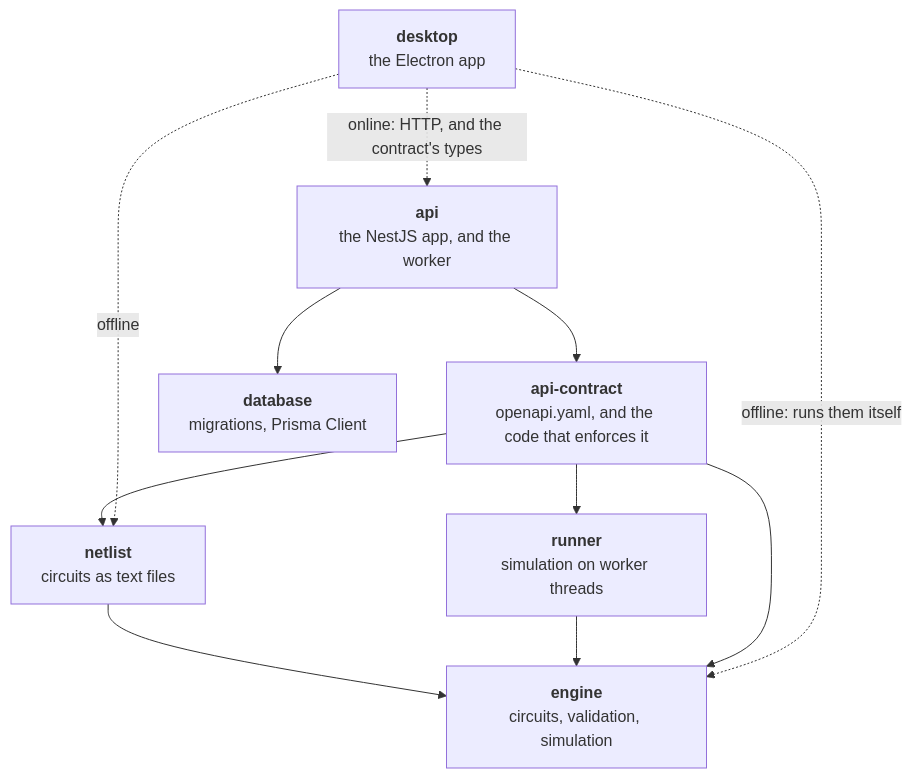
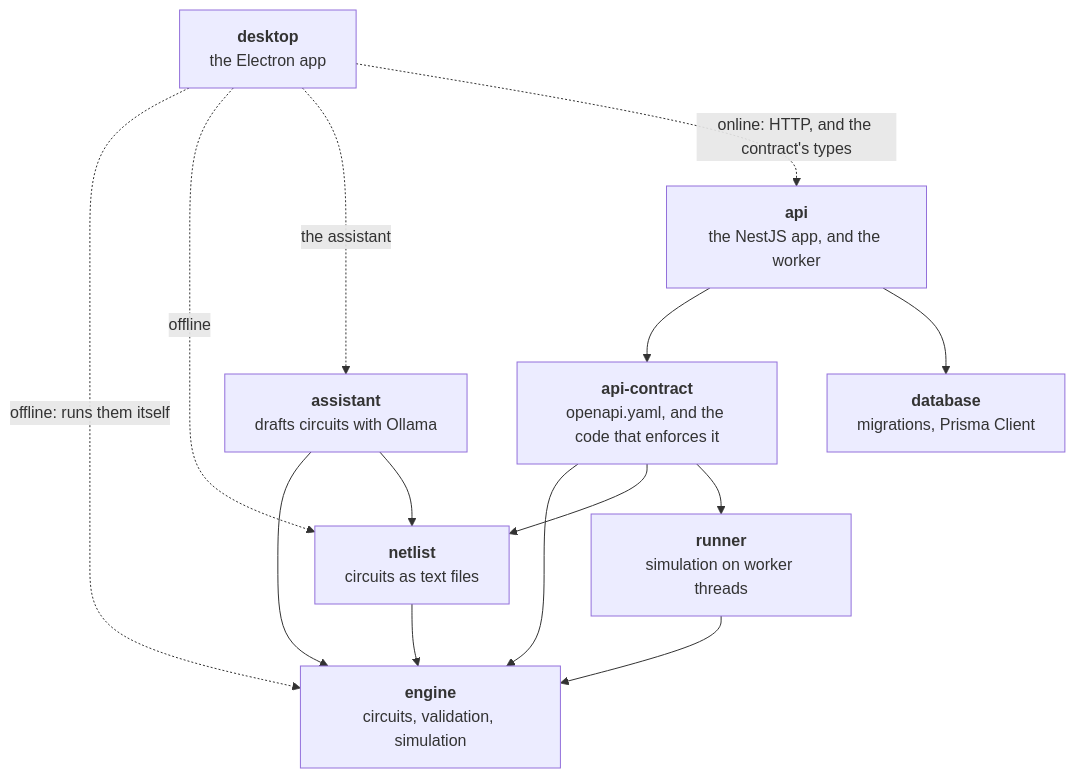
The second of 4 diagrams in docs/architecture.md (Nameless770/CircuitLab), drawn with Mermaid before and after one commit. The commit also changed 55 other files, not shown here.

````diff
--- a/docs/architecture.md
+++ b/docs/architecture.md
@@ -58,21 +58,25 @@
 ```mermaid
 flowchart TD
     engine["<b>engine</b><br/>circuits, validation, simulation"]
     netlist["<b>netlist</b><br/>circuits as text files"]
     runner["<b>runner</b><br/>simulation on worker threads"]
+    assistant["<b>assistant</b><br/>drafts circuits with Ollama"]
     contract["<b>api-contract</b><br/>openapi.yaml, and the code that enforces it"]
     database["<b>database</b><br/>migrations, Prisma Client"]
     api["<b>api</b><br/>the NestJS app, and the worker"]
     desktop["<b>desktop</b><br/>the Electron app"]
 
     netlist --> engine
+    assistant --> engine
+    assistant --> netlist
     runner --> engine
     contract --> engine
     contract --> netlist
     contract --> runner
     api --> contract
     api --> database
     desktop -. "offline: runs them itself" .-> engine
     desktop -. "offline" .-> netlist
+    desktop -. "the assistant" .-> assistant
     desktop -. "online: HTTP, and the contract's types" .-> api
 ```
````
